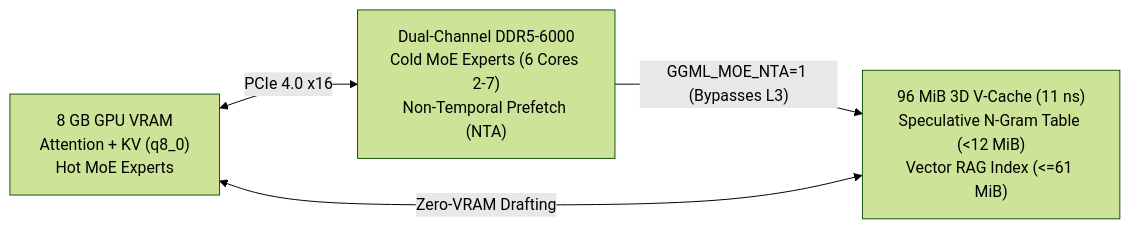
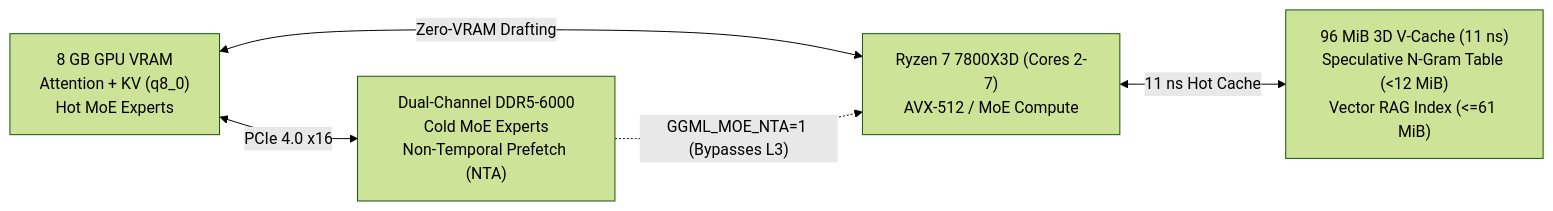
One commit to simonezpx3/zen-vcache-ai changed the diagram in README.md. Above: the diagram before and after it, drawn with Mermaid (forest theme).

Commit message:
docs(readme): fix NTA bypass edge and <br/> in Mermaid diagram

````diff
--- a/README.md
+++ b/README.md
@@ -19,10 +19,12 @@
 ```mermaid
 flowchart LR
-    GPU["8 GB GPU VRAM\nAttention + KV (q8_0)\nHot MoE Experts"]
-    L3["96 MiB 3D V-Cache (11 ns)\nSpeculative N-Gram Table (<12 MiB)\nVector RAG Index (<=61 MiB)"]
-    DDR5["Dual-Channel DDR5-6000\nCold MoE Experts (6 Cores 2-7)\nNon-Temporal Prefetch (NTA)"]
+    GPU["8 GB GPU VRAM<br/>Attention + KV (q8_0)<br/>Hot MoE Experts"]
+    CPU["Ryzen 7 7800X3D (Cores 2-7)<br/>AVX-512 / MoE Compute"]
+    L3["96 MiB 3D V-Cache (11 ns)<br/>Speculative N-Gram Table (&lt;12 MiB)<br/>Vector RAG Index (&lt;=61 MiB)"]
+    DDR5["Dual-Channel DDR5-6000<br/>Cold MoE Experts<br/>Non-Temporal Prefetch (NTA)"]
 
     GPU <-->|"PCIe 4.0 x16"| DDR5
-    L3 <-->|"Zero-VRAM Drafting"| GPU
-    DDR5 -->|"GGML_MOE_NTA=1 (Bypasses L3)"| L3
+    GPU <-->|"Zero-VRAM Drafting"| CPU
+    CPU <-->|"11 ns Hot Cache"| L3
+    DDR5 -.->|"GGML_MOE_NTA=1 (Bypasses L3)"| CPU
 ```
````
